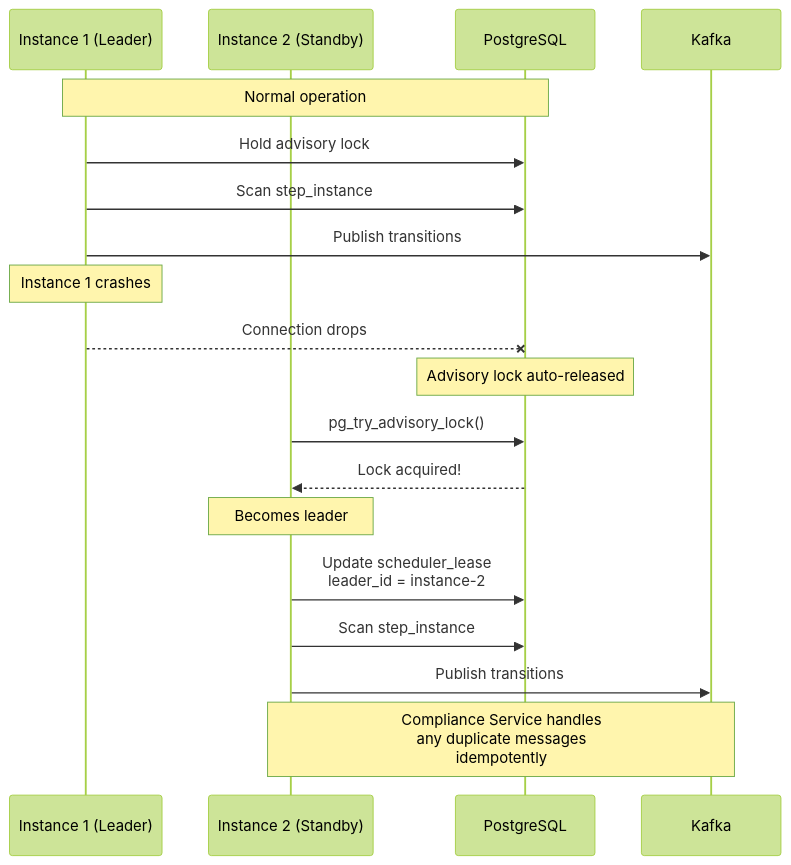
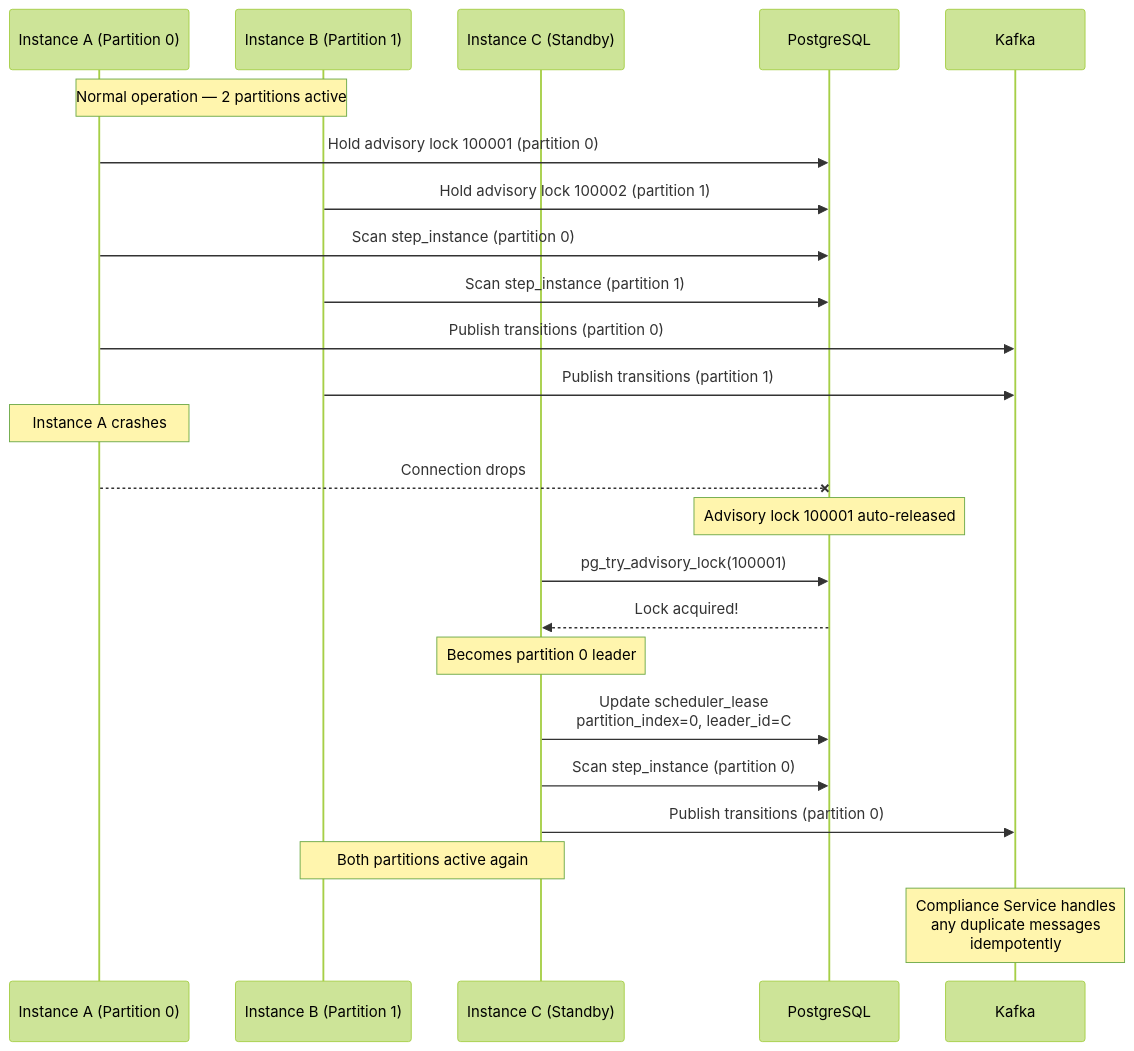
One commit to Jayaprakash8887/cce-scheduler-service changed the fifth of 5 diagrams in docs/flow-diagrams.md. Above: the diagram before and after it, drawn with Mermaid (forest theme). The commit also changed other lines of this file and 5 other files, not shown here.

````diff
--- a/docs/flow-diagrams.md
+++ b/docs/flow-diagrams.md
@@ -152,26 +154,31 @@
 ```mermaid
 sequenceDiagram
-    participant L1 as Instance 1 (Leader)
-    participant L2 as Instance 2 (Standby)
+    participant L1 as Instance A (Partition 0)
+    participant L2 as Instance B (Partition 1)
+    participant L3 as Instance C (Standby)
     participant PG as PostgreSQL
     participant Kafka as Kafka
 
-    Note over L1,PG: Normal operation
-    L1->>PG: Hold advisory lock
-    L1->>PG: Scan step_instance
-    L1->>Kafka: Publish transitions
+    Note over L1,L2: Normal operation — 2 partitions active
+    L1->>PG: Hold advisory lock 100001 (partition 0)
+    L2->>PG: Hold advisory lock 100002 (partition 1)
+    L1->>PG: Scan step_instance (partition 0)
+    L2->>PG: Scan step_instance (partition 1)
+    L1->>Kafka: Publish transitions (partition 0)
+    L2->>Kafka: Publish transitions (partition 1)
 
-    Note over L1: Instance 1 crashes
+    Note over L1: Instance A crashes
     L1--xPG: Connection drops
-    Note over PG: Advisory lock auto-released
+    Note over PG: Advisory lock 100001 auto-released
 
-    L2->>PG: pg_try_advisory_lock()
-    PG-->>L2: Lock acquired!
-    Note over L2: Becomes leader
+    L3->>PG: pg_try_advisory_lock(100001)
+    PG-->>L3: Lock acquired!
+    Note over L3: Becomes partition 0 leader
 
-    L2->>PG: Update scheduler_lease<br/>leader_id = instance-2
-    L2->>PG: Scan step_instance
-    L2->>Kafka: Publish transitions
+    L3->>PG: Update scheduler_lease<br/>partition_index=0, leader_id=C
+    L3->>PG: Scan step_instance (partition 0)
+    L3->>Kafka: Publish transitions (partition 0)
 
-    Note over L2,Kafka: Compliance Service handles<br/>any duplicate messages<br/>idempotently
+    Note over L2,L3: Both partitions active again
+    Note over Kafka: Compliance Service handles<br/>any duplicate messages<br/>idempotently
 ```
````
